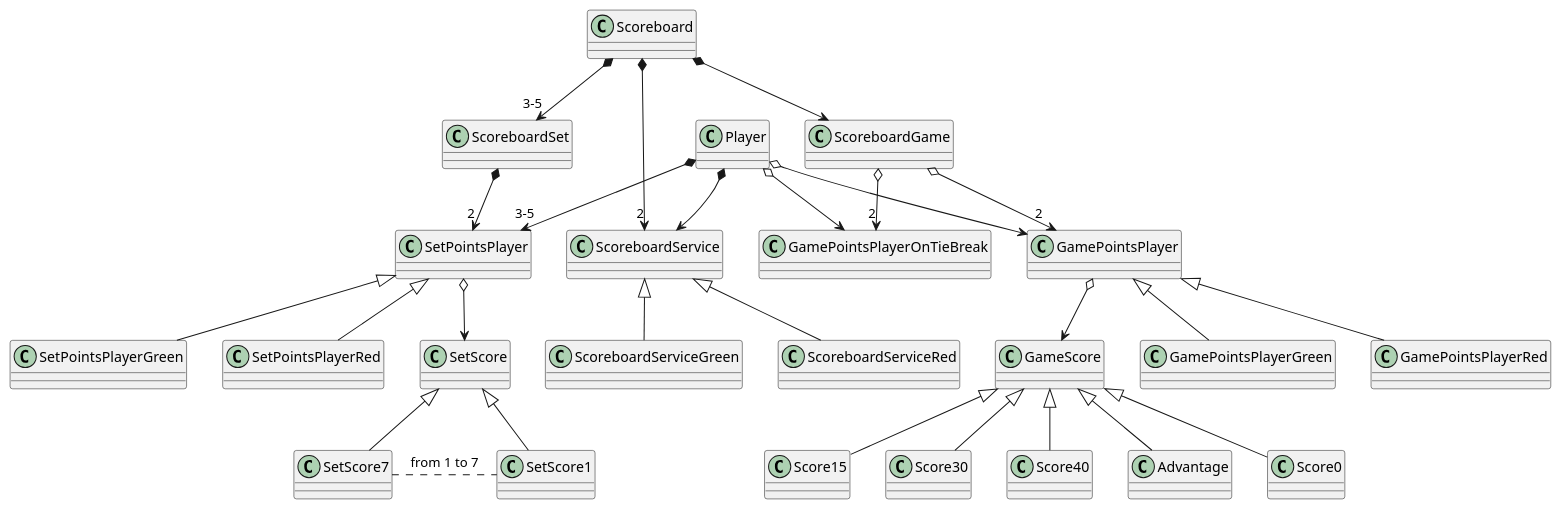
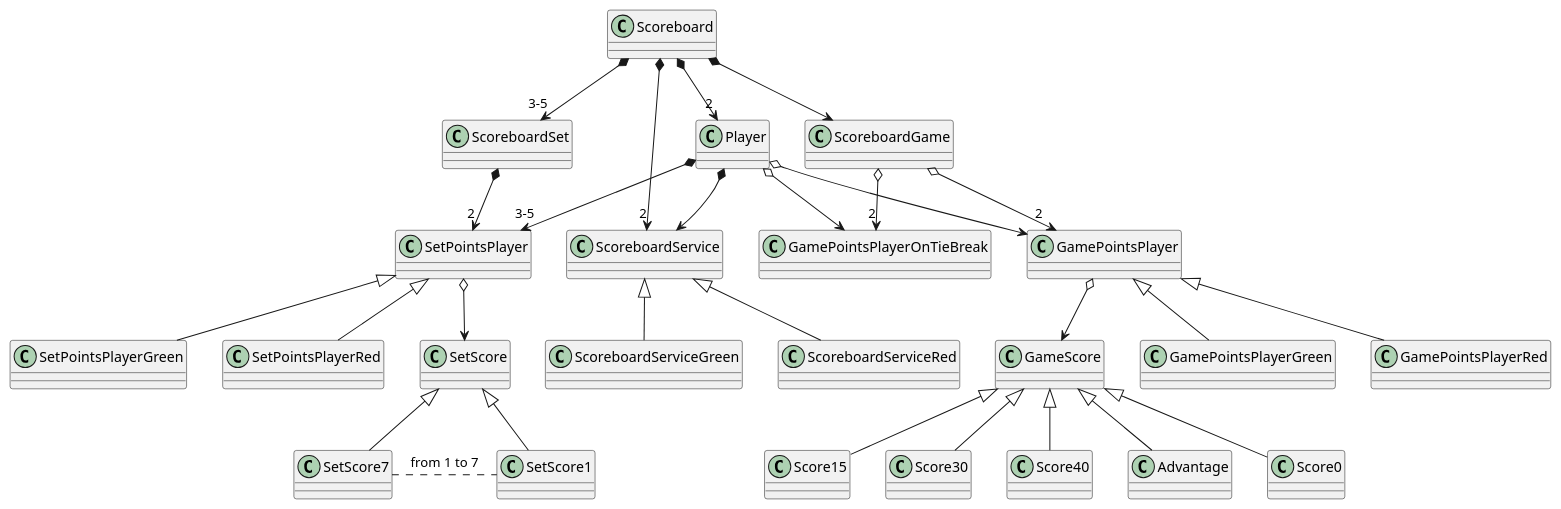
One commit to midesweb/marcador-tenis changed the diagram in modelo-marcador.plantuml. Above: the diagram before and after it, drawn with PlantUML. The commit also changed 1 other file, not shown here.

```diff
--- a/modelo-marcador.plantuml
+++ b/modelo-marcador.plantuml
@@ -1,61 +1,62 @@
 @startuml
 
 class Scoreboard
 class ScoreboardSet
 class ScoreboardGame
 class ScoreboardService
 
 class SetPointsPlayer
 class SetPointsPlayerGreen
 class SetPointsPlayerRed
 class GamePointsPlayer
 class GamePointsPlayerGreen
 class GamePointsPlayerRed
 
 class GameScore
 class Score0
 class Score15
 class Score30
 class Score40
 class Advantage
 
 class SetScore
 class SetScore1
 class SetScore7
 
 class Player
 
 Scoreboard *--> "3-5" ScoreboardSet
+Scoreboard *--> "2" Player
 ScoreboardSet *--> "2" SetPointsPlayer
 SetPointsPlayerGreen -up-|> SetPointsPlayer
 SetPointsPlayerRed -up-|> SetPointsPlayer
 
 Scoreboard *--> ScoreboardGame
 ScoreboardGame o--> "2" GamePointsPlayer
 GamePointsPlayerGreen -up-|> GamePointsPlayer
 GamePointsPlayerRed -up-|> GamePointsPlayer
 
 GamePointsPlayer o-down-> GameScore
 Score0 -up-|> GameScore
 Score15 -up-|> GameScore
 Score30 -up-|> GameScore
 Score40 -up-|> GameScore
 Advantage -up-|> GameScore
 
 ScoreboardGame o-down-> "2" GamePointsPlayerOnTieBreak
 
 SetPointsPlayer o-down-> SetScore
 SetScore1 -up-|> SetScore
 SetScore7 -up-|> SetScore
 SetScore1 .left. SetScore7 : from 1 to 7
 
 Scoreboard *--> "2" ScoreboardService
 ScoreboardServiceGreen -up-|> ScoreboardService
 ScoreboardServiceRed -up-|> ScoreboardService
 
 Player o--> GamePointsPlayer
 Player *--> "3-5" SetPointsPlayer
 Player *--> ScoreboardService
 Player o--> GamePointsPlayerOnTieBreak
 
 @enduml
```
